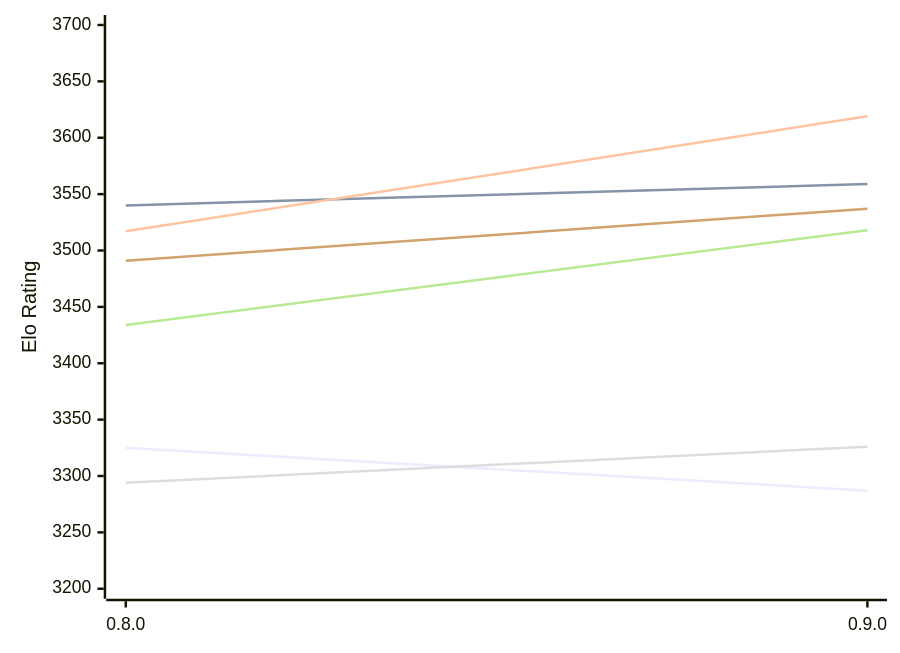
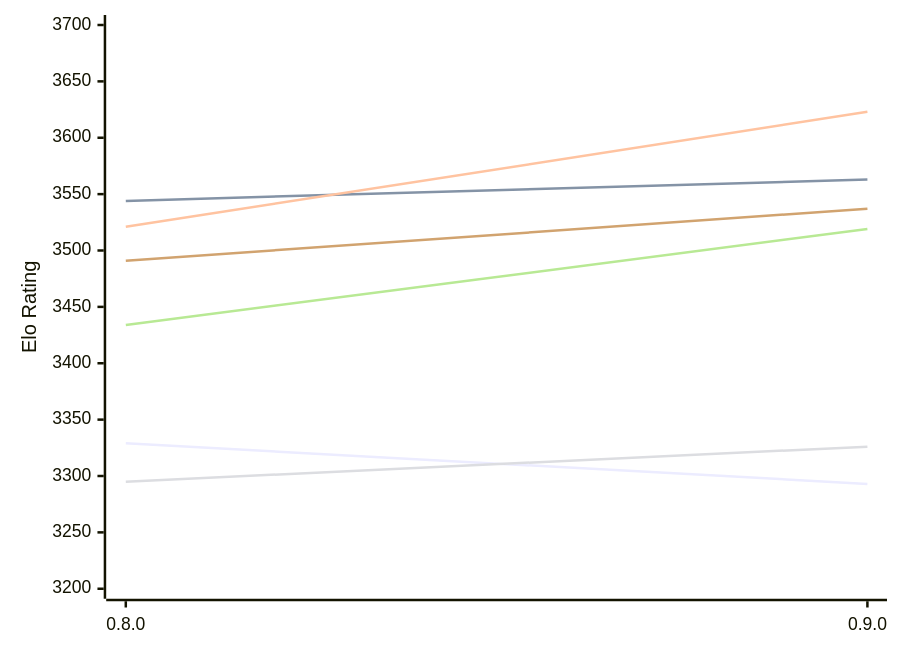
One commit to computer-chess-index/cci changed the first of 2 diagrams in engines/Motor.md. Above: the diagram before and after it, drawn with Mermaid. The commit also changed other lines of this file, not shown here.

Commit message:
Update CCI Ratings (ELO VLTC) - 2026-11-22

````diff
--- a/engines/Motor.md
+++ b/engines/Motor.md
@@ -51,12 +51,12 @@
 ```mermaid
 %%{init: {"theme":"base","themeVariables":{"seriesColors:['#a3a3a3','#222221','#faa371']}}}%%
 xychart-beta
   x-axis ["0.8.0", "0.9.0"]
   y-axis "Elo Rating" 3200 --> 3700
-  line "E1: STC (8.0+0.08s)" [3325, 3287]
-  line "E1: LTC (60.0+0.60s)" [3540, 3559]
-  line "E1: VLTC (2m24s+1.12s)" [3517, 3619]
-  line "P1: STC (8.0+0.08s)" [3294, 3326]
-  line "P1: LTC (60.0+0.60s)" [3434, 3518]
+  line "E1: STC (8.0+0.08s)" [3329, 3293]
+  line "E1: LTC (60.0+0.60s)" [3544, 3563]
+  line "E1: VLTC (2m24s+1.12s)" [3521, 3623]
+  line "P1: STC (8.0+0.08s)" [3295, 3326]
+  line "P1: LTC (60.0+0.60s)" [3434, 3519]
   line "P1: VLTC (2m24s+1.12s)" [3491, 3537]
 ```
````
